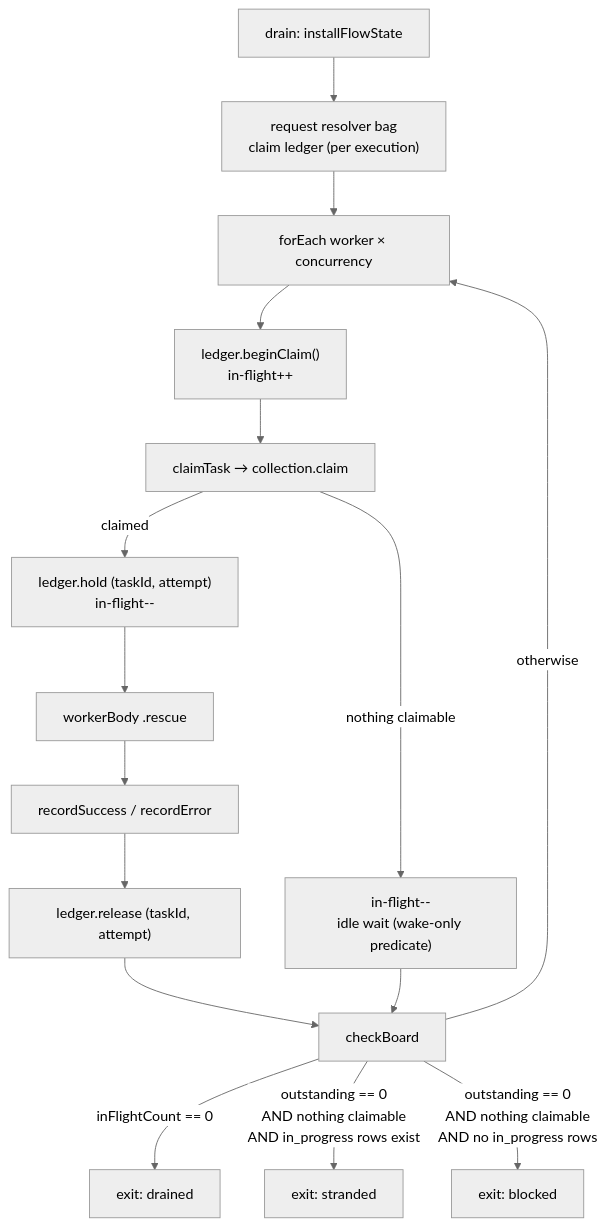
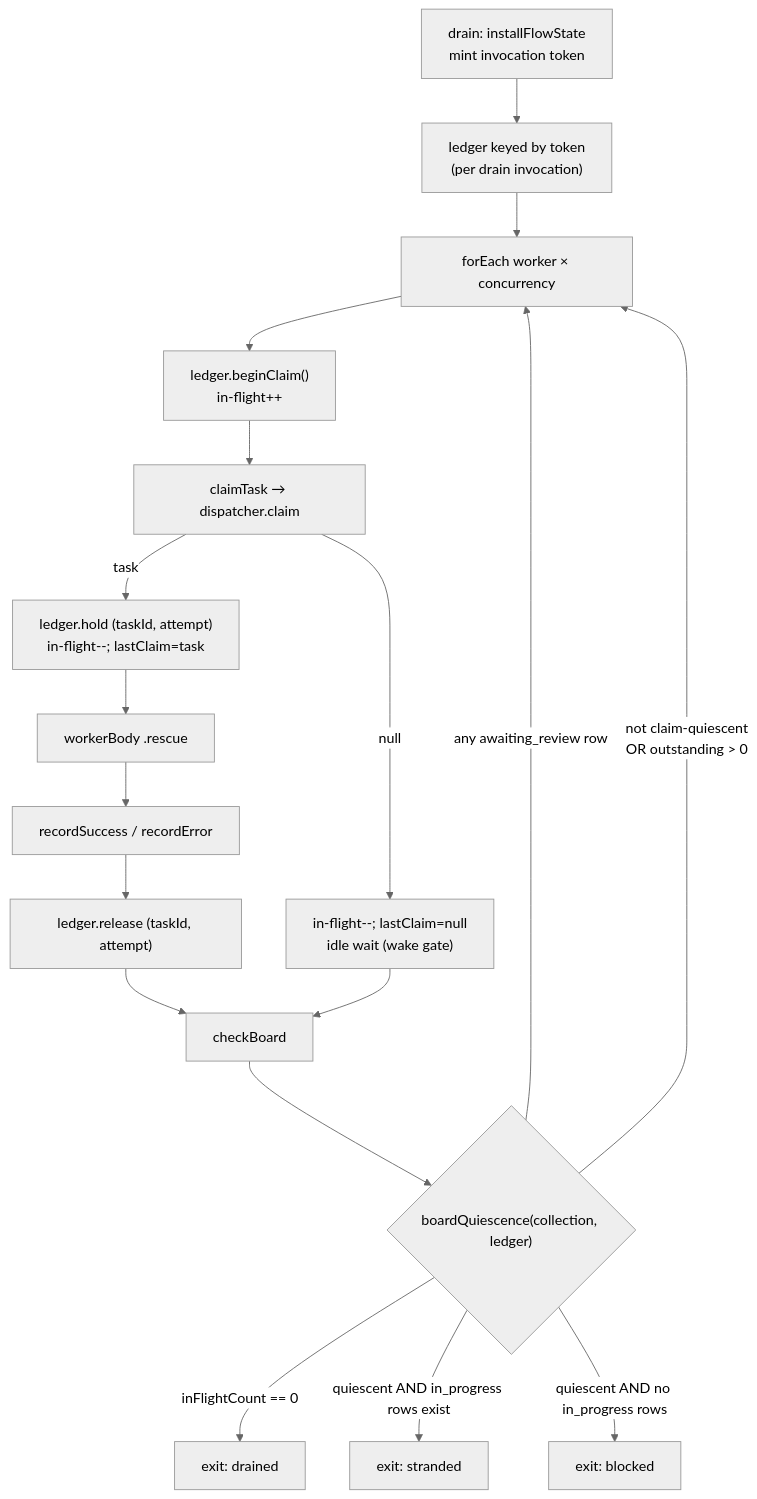
Before and after one commit to fixpoint-labs/flow-state-dev: the diagram in docs/specs/FIX-978.md, drawn with Mermaid (neutral theme). The commit also changed other lines of this file, not shown here.

First line of the commit message:
spec(FIX-978): fold round-2 review — Decision 7 implemented, invocation keying, Decision 8

````diff
--- a/docs/specs/FIX-978.md
+++ b/docs/specs/FIX-978.md
@@ -404,18 +468,20 @@
 ```mermaid
 flowchart TD
-  A[drain: installFlowState] --> B["request resolver bag<br/>claim ledger (per execution)"]
+  A["drain: installFlowState<br/>mint invocation token"] --> B["ledger keyed by token<br/>(per drain invocation)"]
   B --> C[forEach worker × concurrency]
   C --> D1["ledger.beginClaim()<br/>in-flight++"]
-  D1 --> D[claimTask → collection.claim]
-  D -->|claimed| E["ledger.hold (taskId, attempt)<br/>in-flight--"]
-  D -->|nothing claimable| I["in-flight--<br/>idle wait (wake-only predicate)"]
+  D1 --> D[claimTask → dispatcher.claim]
+  D -->|"task"| E["ledger.hold (taskId, attempt)<br/>in-flight--; lastClaim=task"]
+  D -->|"null"| I["in-flight--; lastClaim=null<br/>idle wait (wake gate)"]
   E --> F[workerBody .rescue]
   F --> G[recordSuccess / recordError]
   G --> H["ledger.release (taskId, attempt)"]
   H --> J[checkBoard]
   I --> J
-  J -->|inFlightCount == 0| L["exit: drained"]
-  J -->|"outstanding == 0<br/>AND nothing claimable<br/>AND in_progress rows exist"| K["exit: stranded"]
-  J -->|"outstanding == 0<br/>AND nothing claimable<br/>AND no in_progress rows"| M["exit: blocked"]
-  J -->|otherwise| C
+  J --> Q{"boardQuiescence(collection, ledger)"}
+  Q -->|inFlightCount == 0| L["exit: drained"]
+  Q -->|"any awaiting_review row"| C
+  Q -->|"not claim-quiescent<br/>OR outstanding > 0"| C
+  Q -->|"quiescent AND in_progress rows exist"| K["exit: stranded"]
+  Q -->|"quiescent AND no in_progress rows"| M["exit: blocked"]
 ```
````
